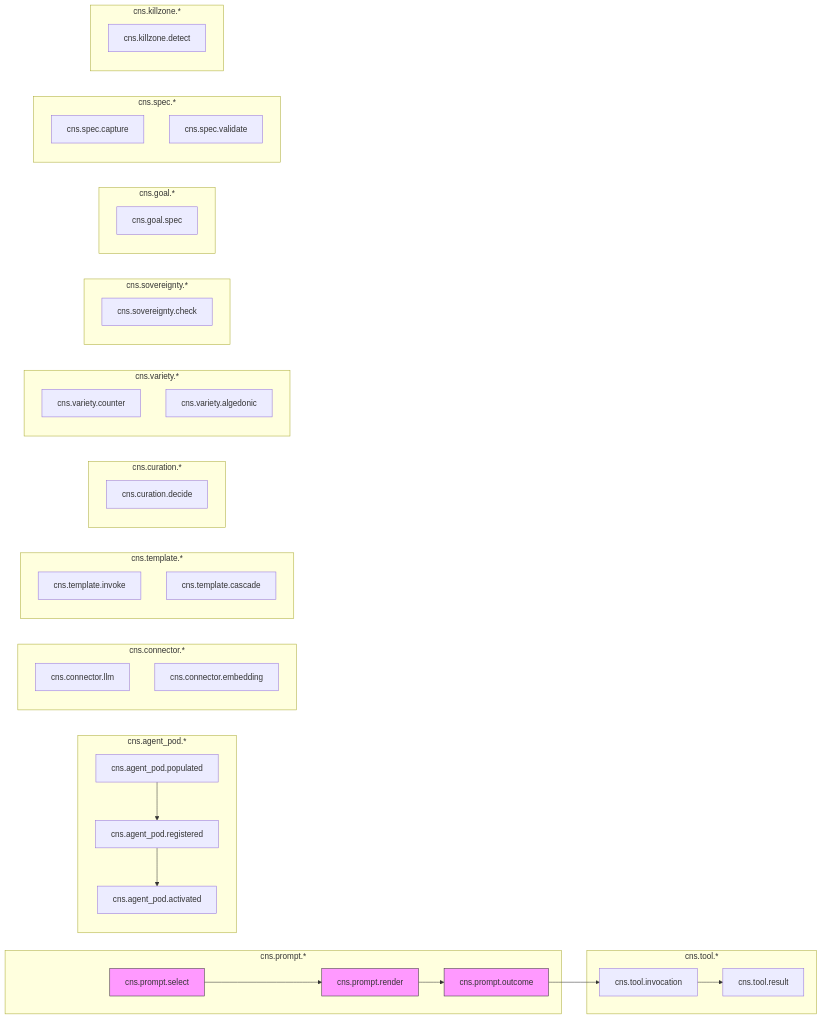
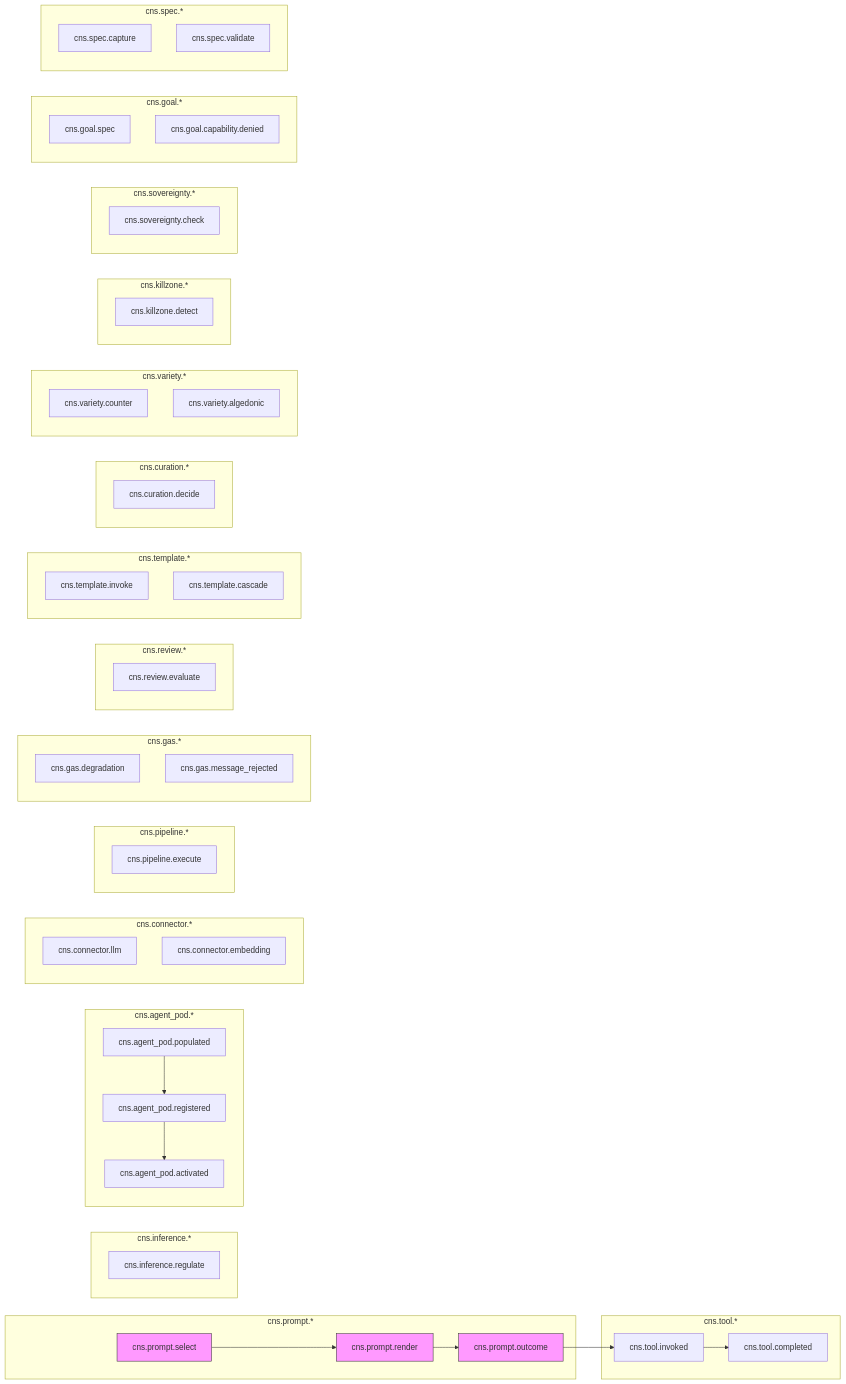
One commit to mdz-axo/hKask changed the fifth of 6 diagrams in docs/architecture/reference/hKask-erd.md. Above: the diagram before and after it, drawn with Mermaid. The commit also changed other lines of this file and 35 other files, not shown here.

````diff
--- a/docs/architecture/reference/hKask-erd.md
+++ b/docs/architecture/reference/hKask-erd.md
@@ -281,67 +281,85 @@
 ```mermaid
-graph LR
-    subgraph "cns.prompt.*"
-        CPS[cns.prompt.select]
-        CPR[cns.prompt.render]
-        CPO[cns.prompt.outcome]
-    end
-    
-    subgraph "cns.tool.*"
-        CTI[cns.tool.invocation]
-        CTR[cns.tool.result]
-    end
-    
-    subgraph "cns.agent_pod.*"
-        CAP[cns.agent_pod.populated]
-        CAR[cns.agent_pod.registered]
-        CAA[cns.agent_pod.activated]
-    end
-    
-    subgraph "cns.connector.*"
-        CCI[cns.connector.llm]
-        CCE[cns.connector.embedding]
-    end
-    
-    subgraph "cns.template.*"
-        CTPL[cns.template.invoke]
-        CTCS[cns.template.cascade]
-    end
-    
-    subgraph "cns.curation.*"
-        CCUR[cns.curation.decide]
-    end
-    
-    subgraph "cns.variety.*"
-        CVAR[cns.variety.counter]
-        CALG[cns.variety.algedonic]
-    end
-    
-    subgraph "cns.sovereignty.*"
-        CSOV[cns.sovereignty.check]
-    end
-    
-    subgraph "cns.goal.*"
-        CGOAL[cns.goal.spec]
-    end
-    
-    subgraph "cns.spec.*"
-        CSPEC[cns.spec.capture]
-        CSPECV[cns.spec.validate]
-    end
-    
-    subgraph "cns.killzone.*"
-        CKZ[cns.killzone.detect]
-    end
-    
-    CPS --> CPR
-    CPR --> CPO
-    CPO --> CTI
-    CTI --> CTR
-    
-    CAP --> CAR
-    CAR --> CAA
-    
-    style CPS fill:#f9f,stroke:#333
-    style CPR fill:#f9f,stroke:#333
-    style CPO fill:#f9f,stroke:#333
+    graph LR
+        subgraph "cns.prompt.*"
+            CPS[cns.prompt.select]
+            CPR[cns.prompt.render]
+            CPO[cns.prompt.outcome]
+        end
+        
+        subgraph "cns.tool.*"
+            CTI[cns.tool.invoked]
+            CTR[cns.tool.completed]
+        end
+        
+        subgraph "cns.inference.*"
+            CINF[cns.inference.regulate]
+        end
+        
+        subgraph "cns.agent_pod.*"
+            CAP[cns.agent_pod.populated]
+            CAR[cns.agent_pod.registered]
+            CAA[cns.agent_pod.activated]
+        end
+        
+        subgraph "cns.connector.*"
+            CCI[cns.connector.llm]
+            CCE[cns.connector.embedding]
+        end
+        
+        subgraph "cns.pipeline.*"
+            CPL[cns.pipeline.execute]
+        end
+        
+        subgraph "cns.gas.*"
+            CGAS[cns.gas.degradation]
+            CGASR[cns.gas.message_rejected]
+        end
+        
+        subgraph "cns.review.*"
+            CREV[cns.review.evaluate]
+        end
+        
+        subgraph "cns.template.*"
+            CTPL[cns.template.invoke]
+            CTCS[cns.template.cascade]
+        end
+        
+        subgraph "cns.curation.*"
+            CCUR[cns.curation.decide]
+        end
+        
+        subgraph "cns.variety.*"
+            CVAR[cns.variety.counter]
+            CALG[cns.variety.algedonic]
+        end
+        
+        subgraph "cns.killzone.*"
+            CKZ[cns.killzone.detect]
+        end
+        
+        subgraph "cns.sovereignty.*"
+            CSOV[cns.sovereignty.check]
+        end
+        
+        subgraph "cns.goal.*"
+            CGOAL[cns.goal.spec]
+            CGOALD[cns.goal.capability.denied]
+        end
+        
+        subgraph "cns.spec.*"
+            CSPEC[cns.spec.capture]
+            CSPECV[cns.spec.validate]
+        end
+        
+        CPS --> CPR
+        CPR --> CPO
+        CPO --> CTI
+        CTI --> CTR
+        
+        CAP --> CAR
+        CAR --> CAA
+        
+        style CPS fill:#f9f,stroke:#333
+        style CPR fill:#f9f,stroke:#333
+        style CPO fill:#f9f,stroke:#333
 ```
````
